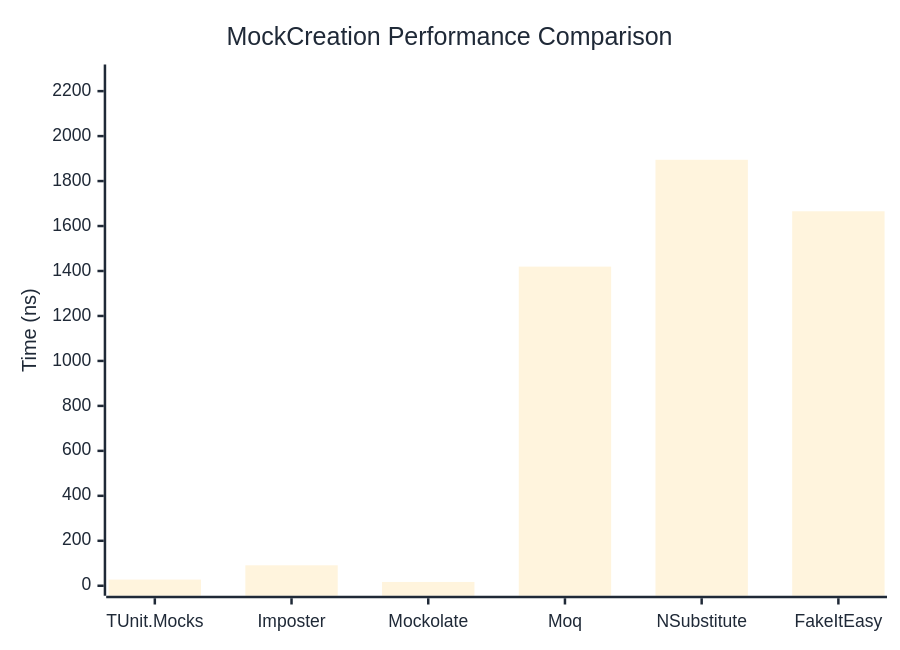
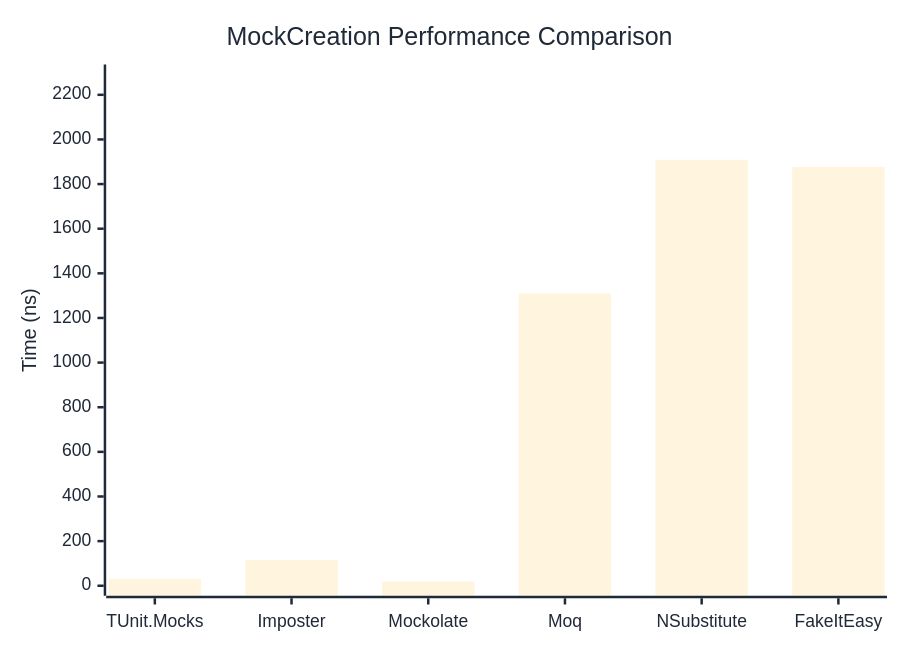
The first of 2 diagrams in docs/docs/benchmarks/mocks/MockCreation.md (thomhurst/TUnit), drawn with Mermaid before and after one commit. The commit also changed other lines of this file and 14 other files, not shown here.

````diff
--- a/docs/docs/benchmarks/mocks/MockCreation.md
+++ b/docs/docs/benchmarks/mocks/MockCreation.md
@@ -30,27 +30,27 @@
 ```mermaid
 %%{init: {
   'theme':'base',
   'themeVariables': {
     'primaryColor': '#2563eb',
     'primaryTextColor': '#1f2937',
     'primaryBorderColor': '#1e40af',
     'lineColor': '#6b7280',
     'secondaryColor': '#7c3aed',
     'tertiaryColor': '#dc2626',
     'background': '#ffffff',
     'pie1': '#2563eb',
     'pie2': '#7c3aed',
     'pie3': '#dc2626',
     'pie4': '#f59e0b',
     'pie5': '#10b981',
     'pie6': '#06b6d4',
     'pie7': '#ec4899',
     'pie8': '#6366f1'
   }
 }}%%
 xychart-beta
   title "MockCreation Performance Comparison"
   x-axis ["TUnit.Mocks", "Imposter", "Mockolate", "Moq", "NSubstitute", "FakeItEasy"]
-  y-axis "Time (ns)" 0 --> 2274
-  bar [27.45, 90.99, 16.87, 1419.53, 1894.7, 1665.65]
+  y-axis "Time (ns)" 0 --> 2291
+  bar [31.48, 115.4, 18.98, 1310.22, 1908.59, 1877.12]
 ```
````
